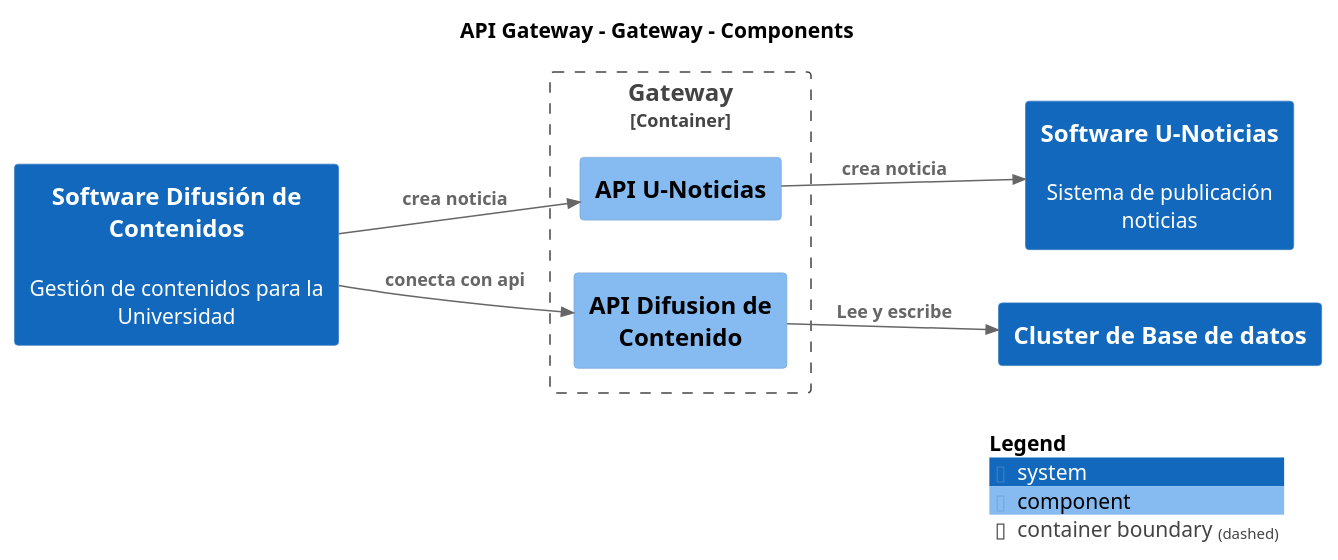
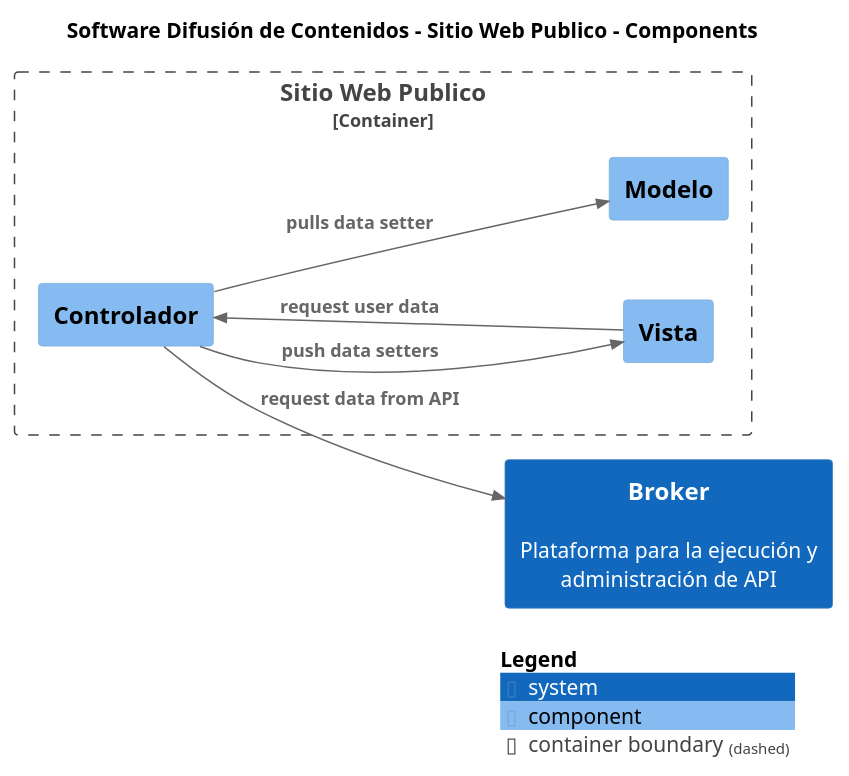
One commit to nbrx/c4-dcc-arq changed the diagram in build/site/puml/Component-001-Component-001.puml. Above: the diagram before and after it, drawn with PlantUML. The commit also changed 349 other files, not shown here.

```diff
--- a/build/site/puml/Component-001-Component-001.puml
+++ b/build/site/puml/Component-001-Component-001.puml
@@ -1,28 +1,27 @@
 @startuml
 set separator none
-title API Gateway - Gateway - Components
+title Software Difusión de Contenidos - Sitio Web Publico - Components
 
 left to right direction
 
 !include <C4/C4>
 !include <C4/C4_Context>
 !include <C4/C4_Component>
 
 skinparam svgDimensionStyle false
 skinparam preserveAspectRatio meet
-System(SoftwareUNoticias, "Software U-Noticias", "Sistema de publicación noticias", $tags="")[[../../software-u-noticias/context/]]
-System(ClusterdeBasededatos, "Cluster de Base de datos", "", $tags="")[[../../cluster-de-base-de-datos/context/]]
-System(SoftwareDifusióndeContenidos, "Software Difusión de Contenidos", "Gestión de contenidos para la Universidad", $tags="")[[../../software-difusión-de-contenidos/context/]]
+System(Broker, "Broker", "Plataforma para la ejecución y administración de API", $tags="")[[../../broker/context/]]
 
-Container_Boundary("APIGateway.Gateway_boundary", "Gateway", $tags="") {
-  Component(APIGateway.Gateway.APIUNoticias, "API U-Noticias", "", $tags="")
-  Component(APIGateway.Gateway.APIDifusiondeContenido, "API Difusion de Contenido", "", $tags="")
+Container_Boundary("SoftwareDifusióndeContenidos.SitioWebPublico_boundary", "Sitio Web Publico", $tags="") {
+  Component(SoftwareDifusióndeContenidos.SitioWebPublico.Modelo, "Modelo", "", $tags="")
+  Component(SoftwareDifusióndeContenidos.SitioWebPublico.Vista, "Vista", "", $tags="")
+  Component(SoftwareDifusióndeContenidos.SitioWebPublico.Controlador, "Controlador", "", $tags="")
 }
 
-Rel_D(APIGateway.Gateway.APIUNoticias, SoftwareUNoticias, "crea noticia", $tags="")
-Rel_D(SoftwareDifusióndeContenidos, APIGateway.Gateway.APIDifusiondeContenido, "conecta con api", $tags="")
-Rel_D(APIGateway.Gateway.APIDifusiondeContenido, ClusterdeBasededatos, "Lee y escribe", $tags="")
-Rel_D(SoftwareDifusióndeContenidos, APIGateway.Gateway.APIUNoticias, "crea noticia", $tags="")
+Rel_D(SoftwareDifusióndeContenidos.SitioWebPublico.Controlador, SoftwareDifusióndeContenidos.SitioWebPublico.Modelo, "pulls data setter", $tags="")
+Rel_D(SoftwareDifusióndeContenidos.SitioWebPublico.Controlador, SoftwareDifusióndeContenidos.SitioWebPublico.Vista, "push data setters", $tags="")
+Rel_D(SoftwareDifusióndeContenidos.SitioWebPublico.Vista, SoftwareDifusióndeContenidos.SitioWebPublico.Controlador, "request user data", $tags="")
+Rel_D(SoftwareDifusióndeContenidos.SitioWebPublico.Controlador, Broker, "request data from API", $tags="")
 
 SHOW_LEGEND(true)
 @enduml
```
